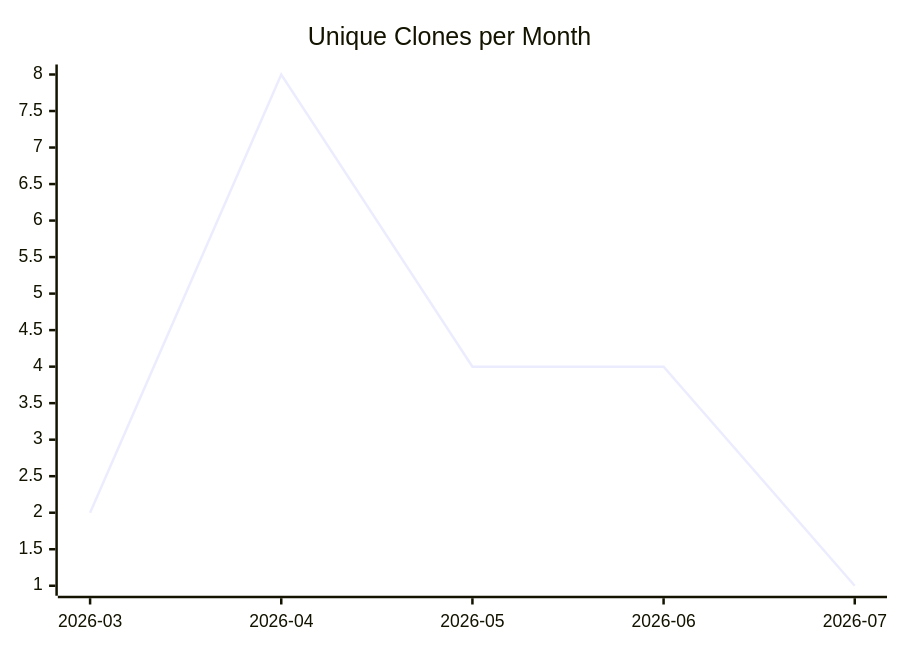
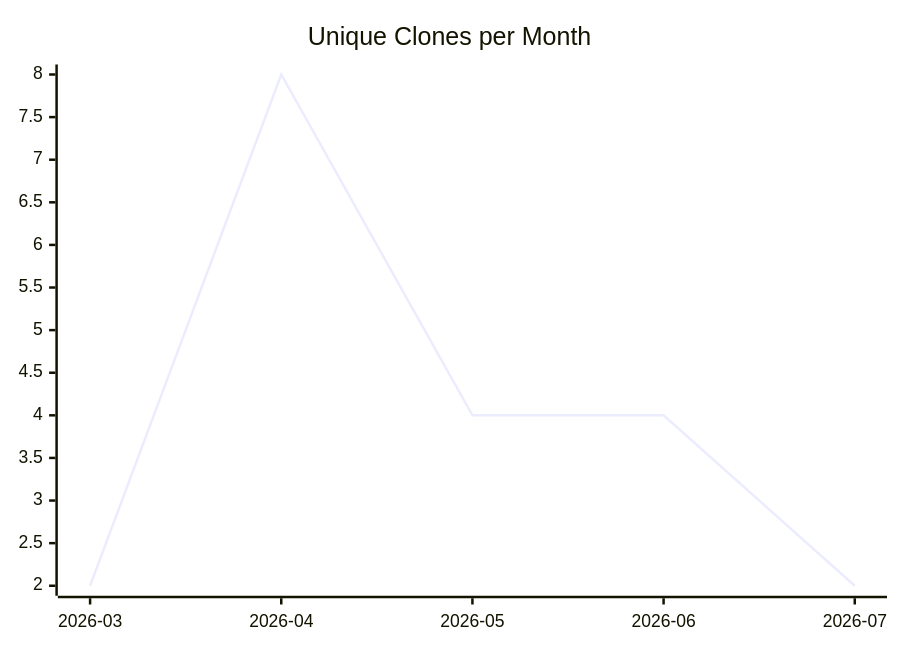
The third of 3 diagrams in karlmdavis/m2e-core-tests/README.md (justdavis-family/github-analytics-data), drawn with Mermaid before and after one commit. The commit also changed other lines of this file and 193 other files, not shown here.

````diff
--- a/karlmdavis/m2e-core-tests/README.md
+++ b/karlmdavis/m2e-core-tests/README.md
@@ -19,6 +19,6 @@
 ```mermaid
 xychart-beta
   title "Unique Clones per Month"
   x-axis ["2026-03", "2026-04", "2026-05", "2026-06", "2026-07"]
-  line [2, 8, 4, 4, 1]
+  line [2, 8, 4, 4, 2]
 ```
````
